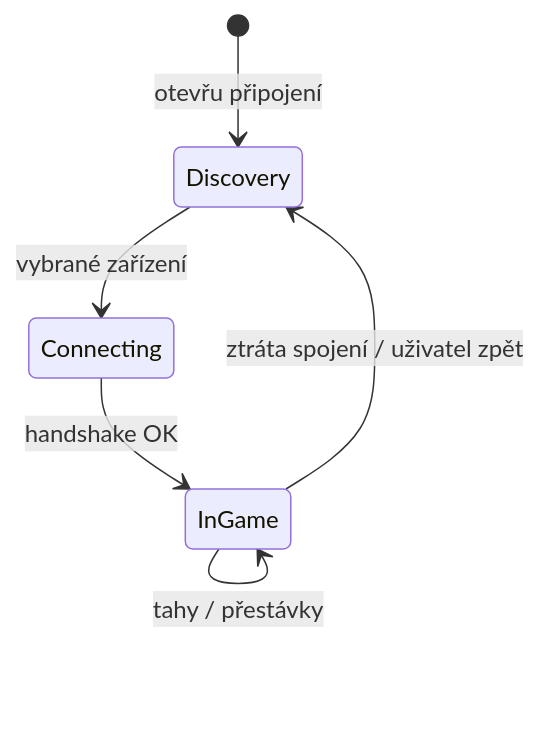
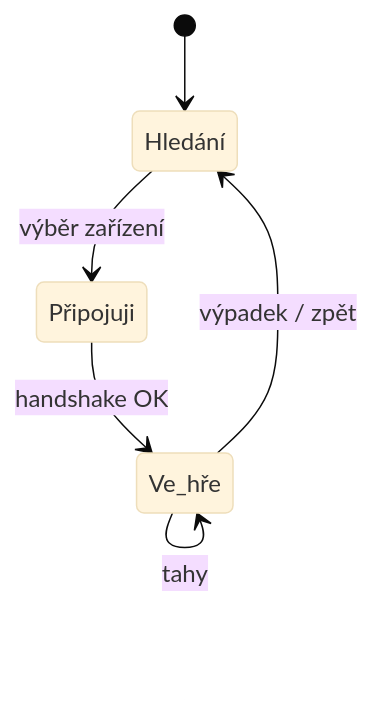
Before and after one commit to AlfredKrutina/chess_esp32_c6_devkit: the fourth of 5 diagrams in docs/flutter/README.md, drawn with Mermaid. The commit also changed other lines of this file and 29 other files, not shown here.

First line of the commit message:
docs: barevné Mermaid SVG, LED + Flutter vrstvy, lokální backlog

````diff
--- a/docs/flutter/README.md
+++ b/docs/flutter/README.md
@@ -86,8 +114,9 @@
 ```mermaid
+%%{init: {'theme':'base'}}%%
 stateDiagram-v2
-  [*] --> Discovery: otevřu připojení
-  Discovery --> Connecting: vybrané zařízení
-  Connecting --> InGame: handshake OK
-  InGame --> InGame: tahy / přestávky
-  InGame --> Discovery: ztráta spojení / uživatel zpět
+  [*] --> Hledání
+  Hledání --> Připojuji: výběr zařízení
+  Připojuji --> Ve_hře: handshake OK
+  Ve_hře --> Ve_hře: tahy
+  Ve_hře --> Hledání: výpadek / zpět
 ```
````
